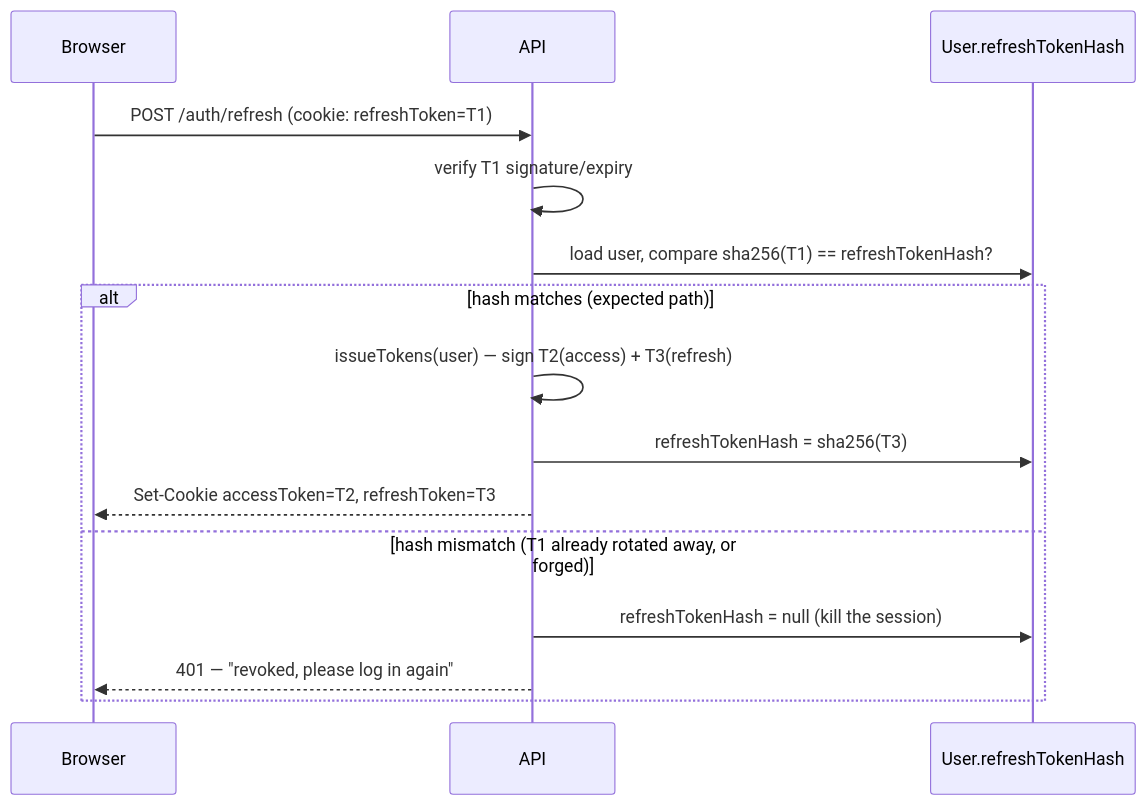
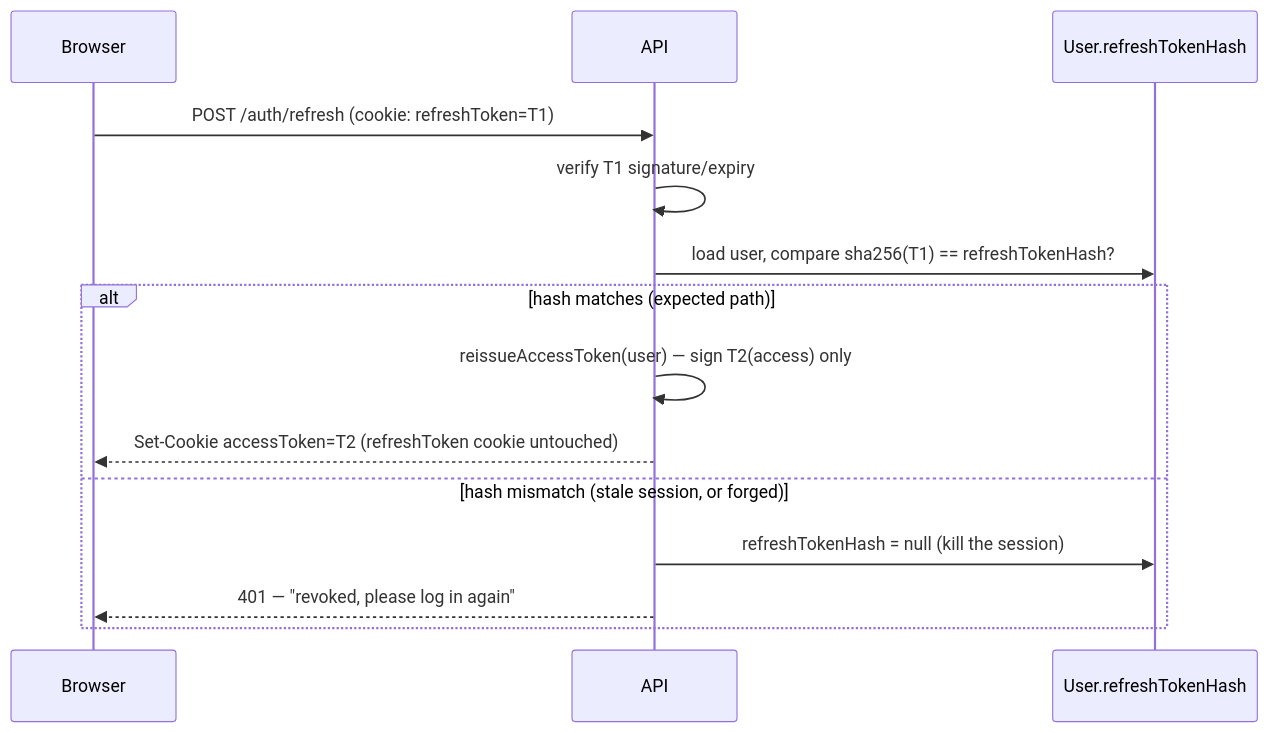
Before and after one commit to Aman-ydav/dev-atlas: the third of 4 diagrams in docs/15-security-design.md, drawn with Mermaid. The commit also changed other lines of this file and 7 other files, not shown here.

````diff
--- a/docs/15-security-design.md
+++ b/docs/15-security-design.md
@@ -122,18 +122,17 @@
 ```mermaid
 sequenceDiagram
     participant B as Browser
     participant API as API
     participant DB as User.refreshTokenHash
 
     B->>API: POST /auth/refresh (cookie: refreshToken=T1)
     API->>API: verify T1 signature/expiry
     API->>DB: load user, compare sha256(T1) == refreshTokenHash?
     alt hash matches (expected path)
-        API->>API: issueTokens(user) — sign T2(access) + T3(refresh)
-        API->>DB: refreshTokenHash = sha256(T3)
-        API-->>B: Set-Cookie accessToken=T2, refreshToken=T3
-    else hash mismatch (T1 already rotated away, or forged)
+        API->>API: reissueAccessToken(user) — sign T2(access) only
+        API-->>B: Set-Cookie accessToken=T2  (refreshToken cookie untouched)
+    else hash mismatch (stale session, or forged)
         API->>DB: refreshTokenHash = null  (kill the session)
         API-->>B: 401 — "revoked, please log in again"
     end
 ```
````
